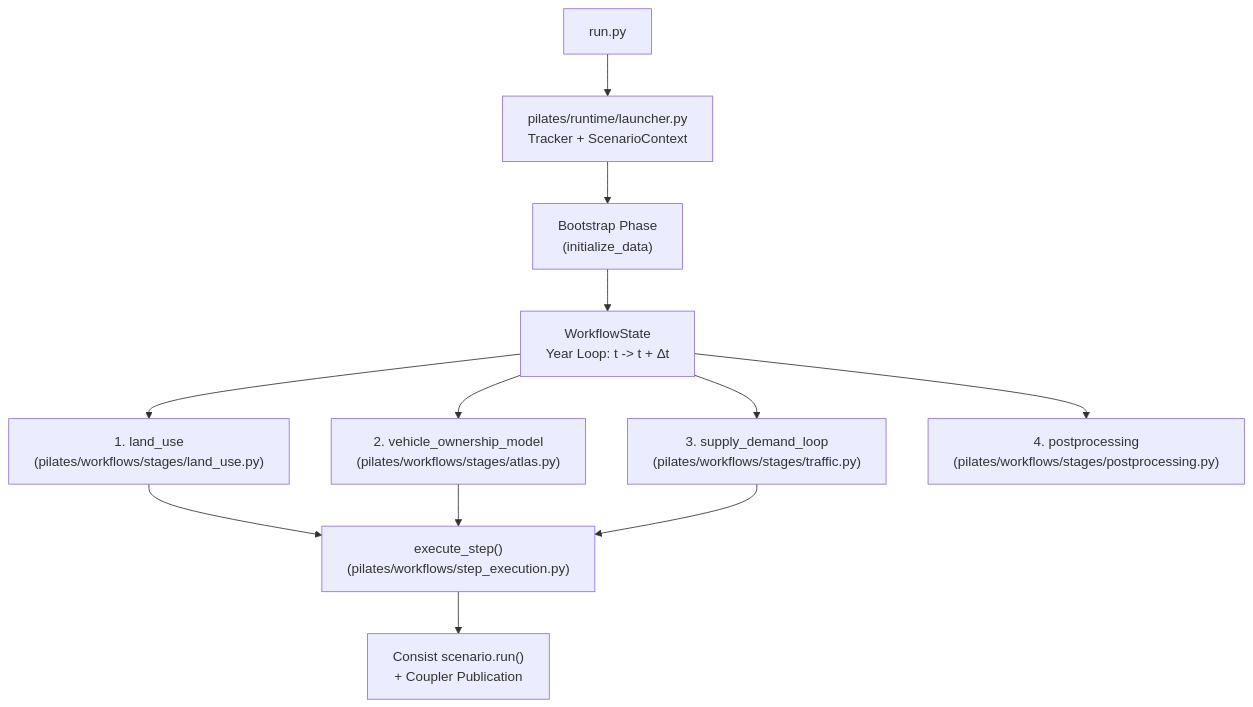
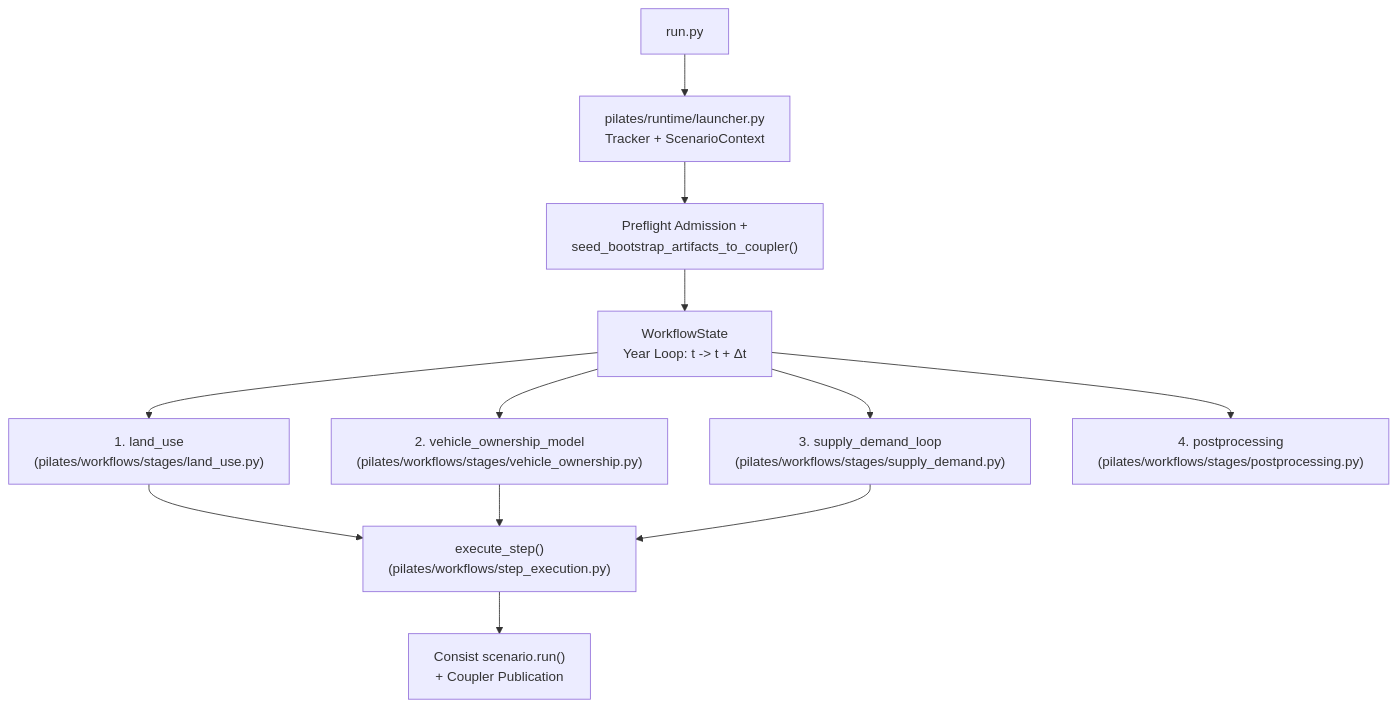
Before and after one commit to LBNL-UCB-STI/PILATES: the first of 2 diagrams in docs/workflow/architecture.md, drawn with Mermaid. The commit also changed other lines of this file and 15 other files, not shown here.

Commit message:
docs,fix(atlas): update workflow documentation for bootstrap retirement and guard stub tracker lookup

````diff
--- a/docs/workflow/architecture.md
+++ b/docs/workflow/architecture.md
@@ -14,12 +14,12 @@
 ```mermaid
 flowchart TD
     CLI["run.py"] --> Launcher["pilates/runtime/launcher.py<br/>Tracker + ScenarioContext"]
-    Launcher --> Bootstrap["Bootstrap Phase<br/>(initialize_data)"]
-    Bootstrap --> State["WorkflowState<br/>Year Loop: t -> t + Δt"]
+    Launcher --> Seed["Preflight Admission +<br/>seed_bootstrap_artifacts_to_coupler()"]
+    Seed --> State["WorkflowState<br/>Year Loop: t -> t + Δt"]
     State --> Stage1["1. land_use<br/>(pilates/workflows/stages/land_use.py)"]
-    State --> Stage2["2. vehicle_ownership_model<br/>(pilates/workflows/stages/atlas.py)"]
-    State --> Stage3["3. supply_demand_loop<br/>(pilates/workflows/stages/traffic.py)"]
+    State --> Stage2["2. vehicle_ownership_model<br/>(pilates/workflows/stages/vehicle_ownership.py)"]
+    State --> Stage3["3. supply_demand_loop<br/>(pilates/workflows/stages/supply_demand.py)"]
     State --> Stage4["4. postprocessing<br/>(pilates/workflows/stages/postprocessing.py)"]
     Stage1 & Stage2 & Stage3 --> Exec["execute_step()<br/>(pilates/workflows/step_execution.py)"]
     Exec --> Consist["Consist scenario.run()<br/>+ Coupler Publication"]
 ```
````
